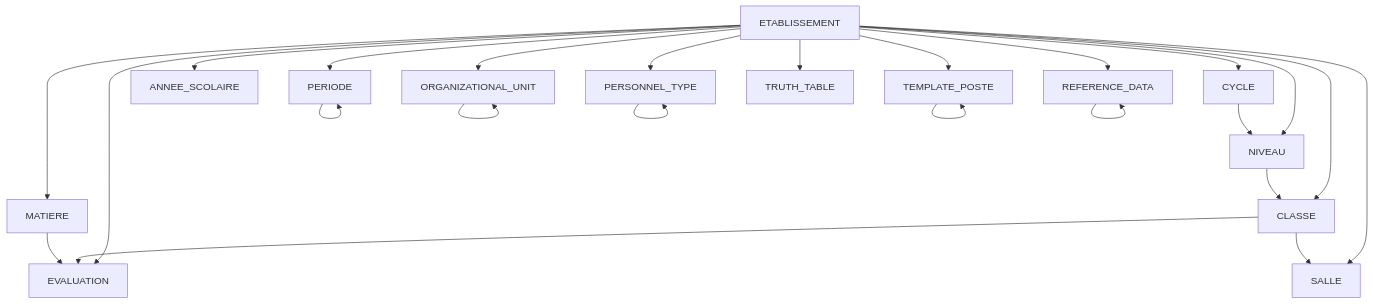
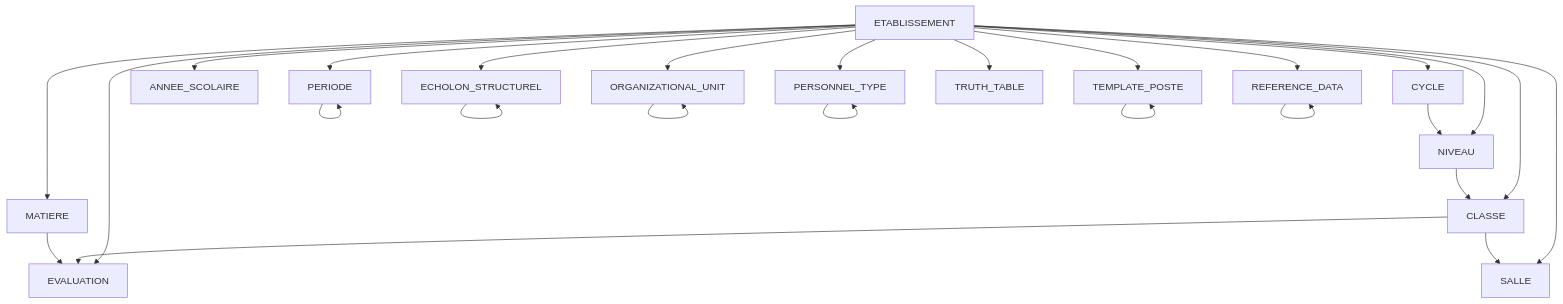
One commit to franckylab/eLISAschool changed the third of 4 diagrams in .qoder/repowiki/en/content/Database Schema Design/Database Schema Design.md. Above: the diagram before and after it, drawn with Mermaid. The commit also changed other lines of this file and 138 other files, not shown here.

````diff
--- a/.qoder/repowiki/en/content/Database Schema Design/Database Schema Design.md
+++ b/.qoder/repowiki/en/content/Database Schema Design/Database Schema Design.md
@@ -561,26 +571,28 @@
 ```mermaid
 graph TB
 ETAB["ETABLISSEMENT"] --> CYC["CYCLE"]
 ETAB --> NIV["NIVEAU"]
 ETAB --> CLA["CLASSE"]
 ETAB --> MAT["MATIERE"]
 ETAB --> EVA["EVALUATION"]
 ETAB --> PER["PERIODE"]
 ETAB --> ANN["ANNEE_SCOLAIRE"]
 ETAB --> SAL["SALLE"]
+ETAB --> ECHOLON["ECHOLON_STRUCTUREL"]
 ETAB --> PTYPE["PERSONNEL_TYPE"]
 ETAB --> OUNIT["ORGANIZATIONAL_UNIT"]
 ETAB --> TPOSTE["TEMPLATE_POSTE"]
 ETAB --> TRUTH["TRUTH_TABLE"]
 ETAB --> REFDATA["REFERENCE_DATA"]
 CYC --> NIV
 NIV --> CLA
 CLA --> EVA
 MAT --> EVA
 PER --> PER
 CLA --> SAL
+ECHOLON --> ECHOLON
 OUNIT --> OUNIT
 PTYPE --> PTYPE
 TPOSTE --> TPOSTE
 REFDATA --> REFDATA
 ```
````
